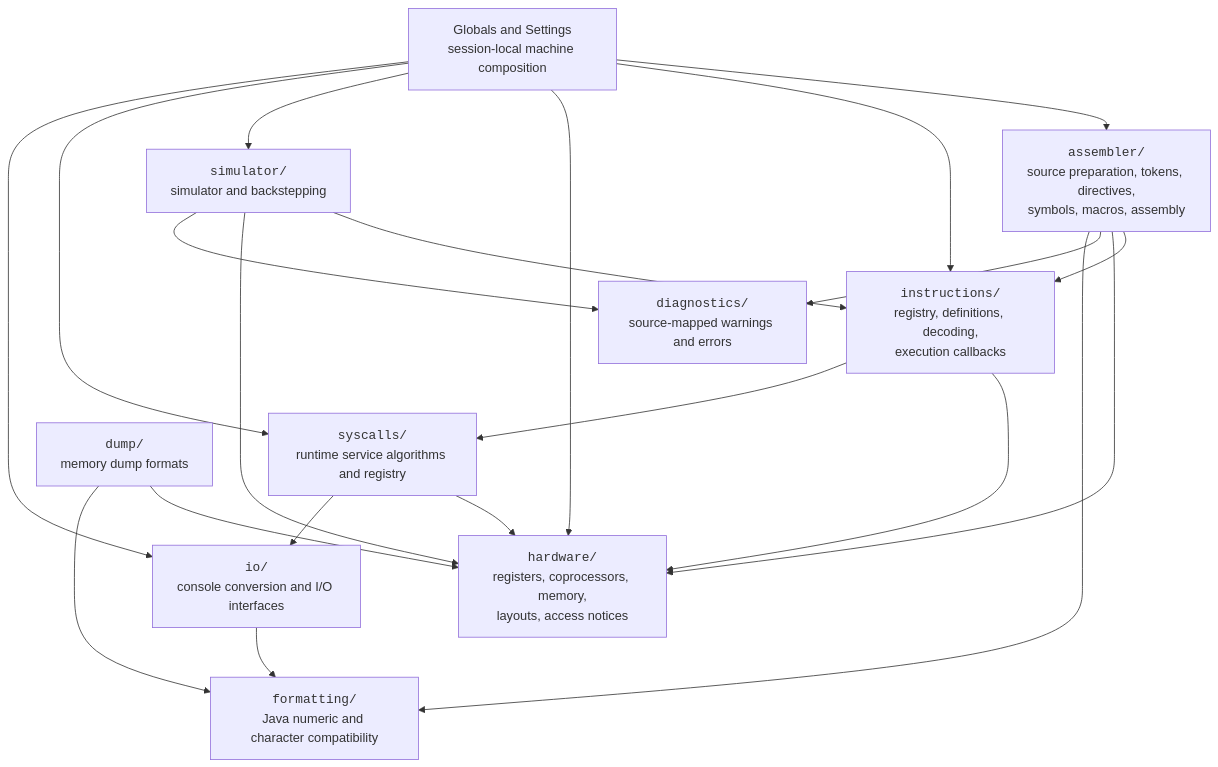
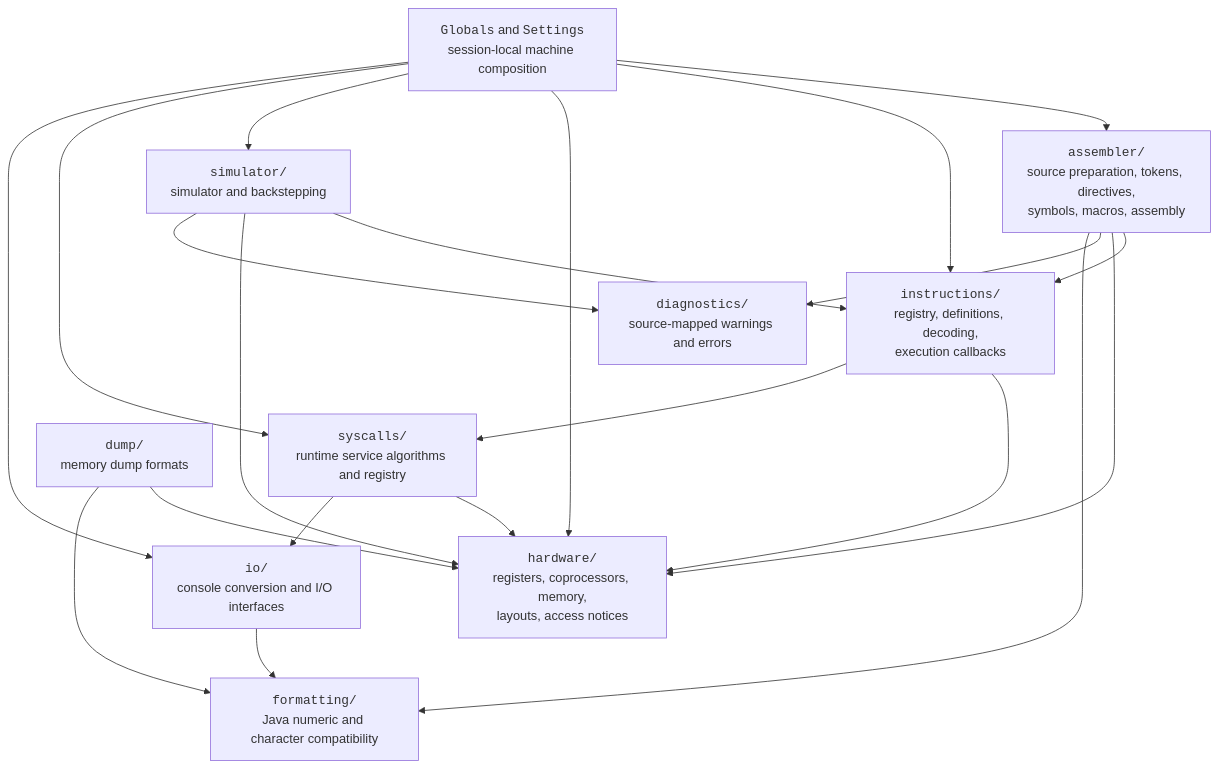
Before and after one commit to awpala/MARS-ts: the second of 4 diagrams in src/lib/engine/README.md, drawn with Mermaid. The commit also changed other lines of this file and 9 other files, not shown here.

Commit message:
chore: add code/monospace formatting to diagram blocks

````diff
--- a/src/lib/engine/README.md
+++ b/src/lib/engine/README.md
@@ -75,20 +75,20 @@
 ```mermaid
 flowchart TB
-    Globals["Globals and Settings<br/>session-local machine composition"]
+    Globals["<code>Globals</code> and <code>Settings</code><br/>session-local machine composition"]
     Assembly["<code>assembler/</code><br/>source preparation, tokens, directives,<br/>symbols, macros, assembly"]
     Instructions["<code>instructions/</code><br/>registry, definitions, decoding,<br/>execution callbacks"]
     Hardware["<code>hardware/</code><br/>registers, coprocessors, memory,<br/>layouts, access notices"]
     Simulation["<code>simulator/</code><br/>simulator and backstepping"]
     Syscalls["<code>syscalls/</code><br/>runtime service algorithms and registry"]
     IO["<code>io/</code><br/>console conversion and I/O interfaces"]
     Dump["<code>dump/</code><br/>memory dump formats"]
     Formatting["<code>formatting/</code><br/>Java numeric and character compatibility"]
     Diagnostics["<code>diagnostics/</code><br/>source-mapped warnings and errors"]
     Globals --> Assembly & Instructions & Hardware & Simulation & Syscalls & IO
     Assembly --> Instructions & Hardware & Diagnostics & Formatting
     Simulation --> Instructions & Hardware & Diagnostics
     Instructions --> Hardware & Syscalls
     Syscalls --> Hardware & IO
     IO --> Formatting
     Dump --> Hardware & Formatting
 ```
````
